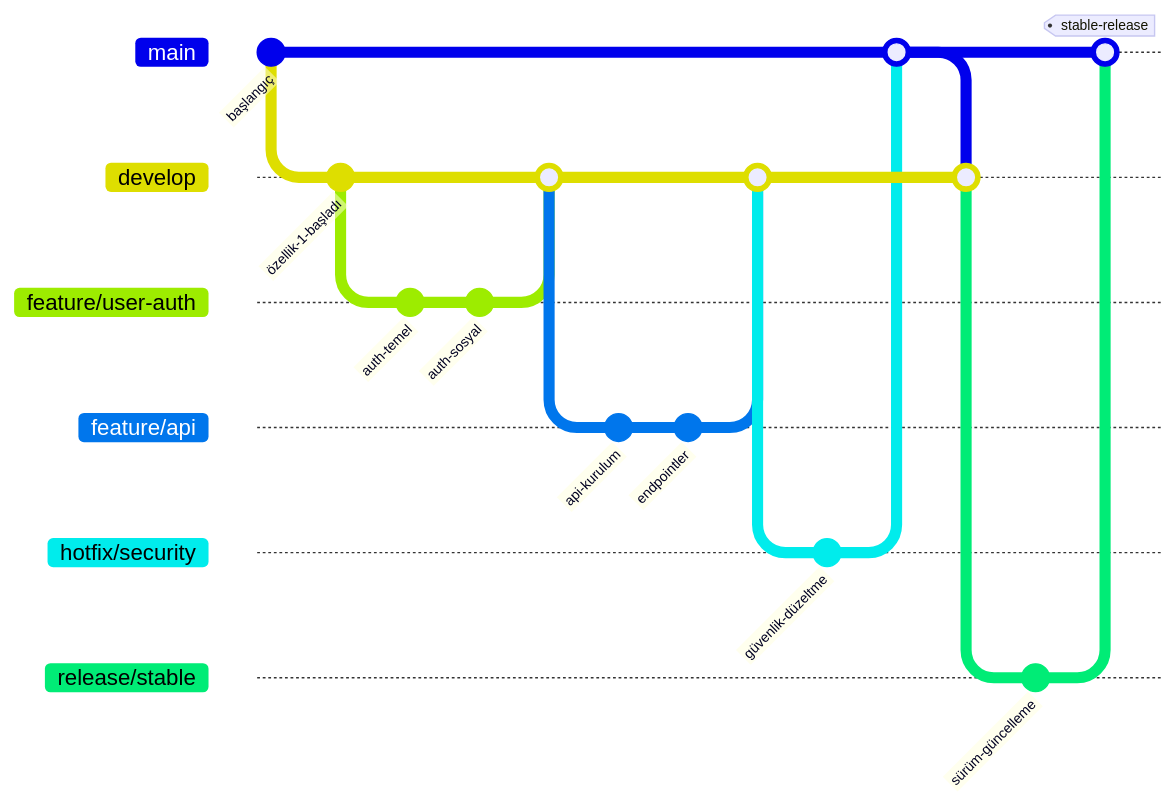
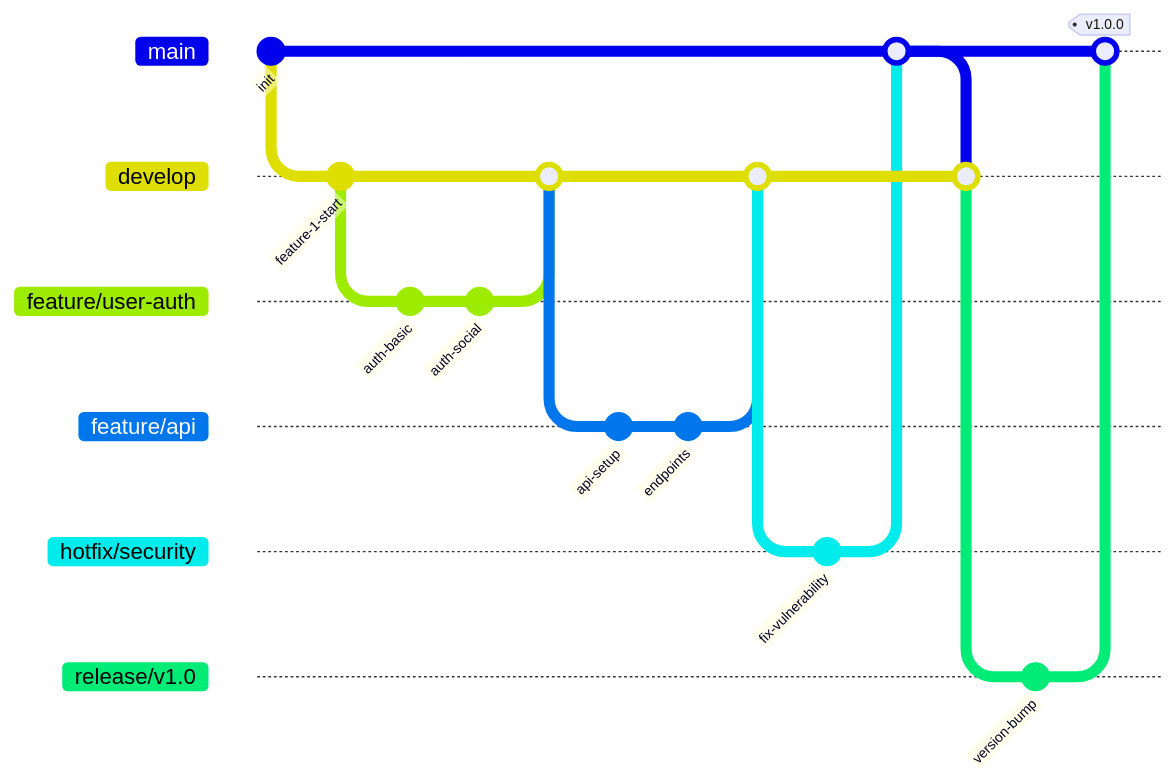
The third of 30 diagrams in docs/content/tr/examples/advanced.md (sametcn99/vitepress-mermaid-renderer), drawn with Mermaid before and after one commit. The commit also changed other lines of this file and 19 other files, not shown here.

````diff
--- a/docs/content/tr/examples/advanced.md
+++ b/docs/content/tr/examples/advanced.md
@@ -70,26 +69,26 @@
 ```mermaid
 gitGraph
-    commit id: "başlangıç"
+    commit id: "init"
     branch develop
-    commit id: "özellik-1-başladı"
+    commit id: "feature-1-start"
     branch feature/user-auth
-    commit id: "auth-temel"
-    commit id: "auth-sosyal"
+    commit id: "auth-basic"
+    commit id: "auth-social"
     checkout develop
     merge feature/user-auth
     branch feature/api
-    commit id: "api-kurulum"
-    commit id: "endpointler"
+    commit id: "api-setup"
+    commit id: "endpoints"
     checkout develop
     merge feature/api
     branch hotfix/security
-    commit id: "güvenlik-düzeltme"
+    commit id: "fix-vulnerability"
     checkout main
     merge hotfix/security
     checkout develop
     merge main
-    branch release/stable
-    commit id: "sürüm-güncelleme"
+    branch release/v1.0
+    commit id: "version-bump"
     checkout main
-    merge release/stable tag: "stable-release"
+    merge release/v1.0 tag: "v1.0.0"
 ```
````
